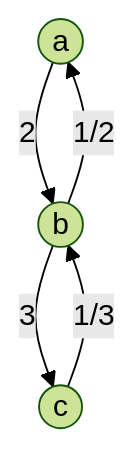
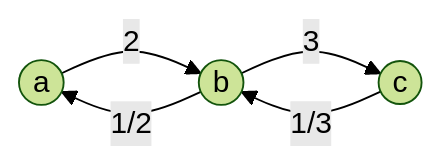
Before and after one commit to cheuyin/personal-website: the diagram in src/content/writing/evaluate-division/index.md, drawn with Mermaid (forest theme). The commit also changed 8 other files, not shown here.

````diff
--- a/src/content/writing/evaluate-division/index.md
+++ b/src/content/writing/evaluate-division/index.md
@@ -37,12 +37,12 @@
 ```mermaid
-flowchart TD
+flowchart LR
     a((a))
     b((b))
     c((c))
 
     a -->|"2"| b
     b -->|"1/2"| a
 
     b -->|"3"| c
     c -->|"1/3"| b
 ```
````
